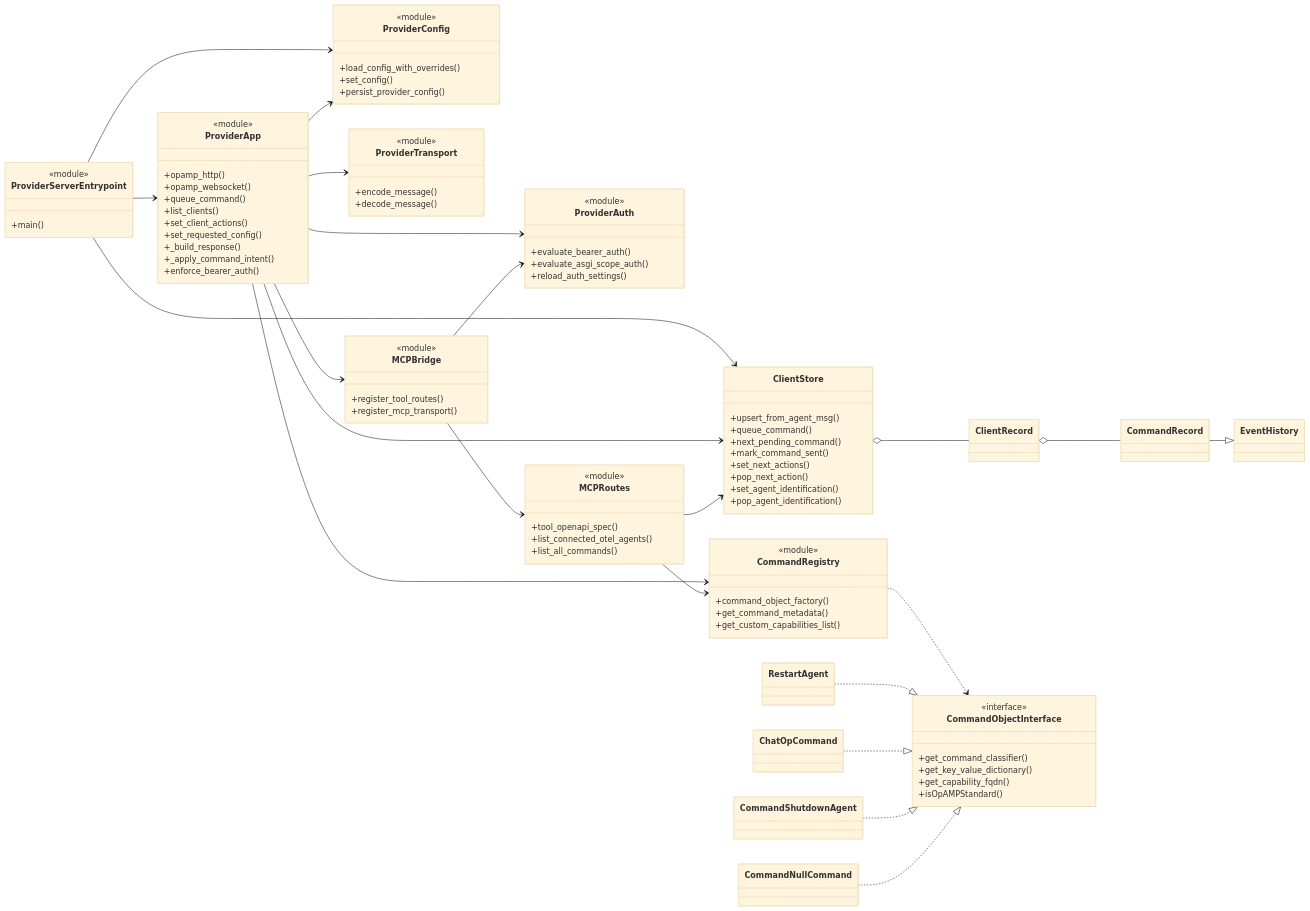
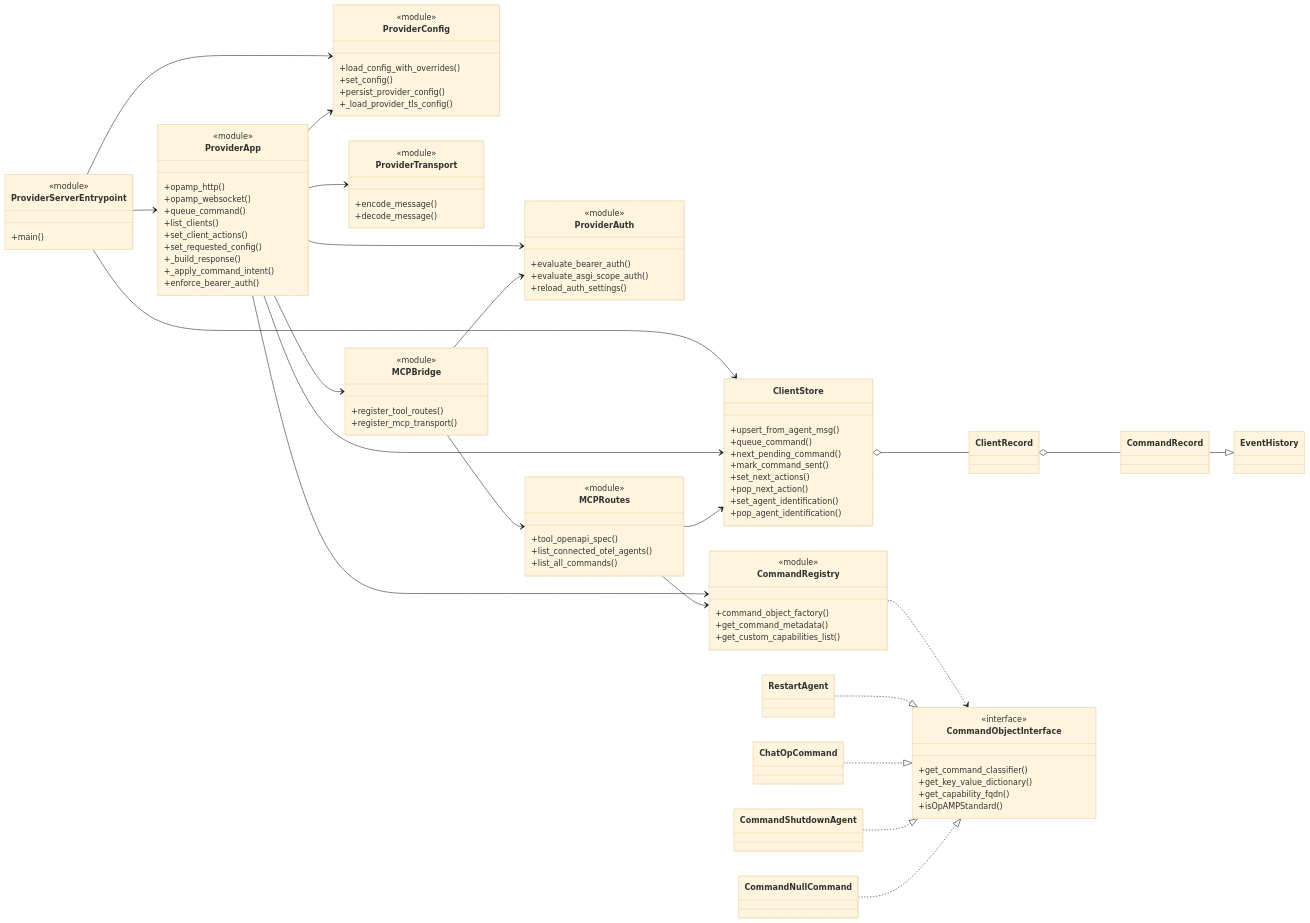
The first of 4 diagrams in docs/provider_server_diagram.md (mp3monster/fluent-bit-opamp), drawn with Mermaid (base theme) before and after one commit. The commit also changed other lines of this file and 34 other files, not shown here.

```diff
--- a/docs/provider_server_diagram.md
+++ b/docs/provider_server_diagram.md
@@ -32,6 +32,7 @@
       +load_config_with_overrides()
       +set_config()
       +persist_provider_config()
+      +_load_provider_tls_config()
     }
 
     class ProviderAuth {
```
